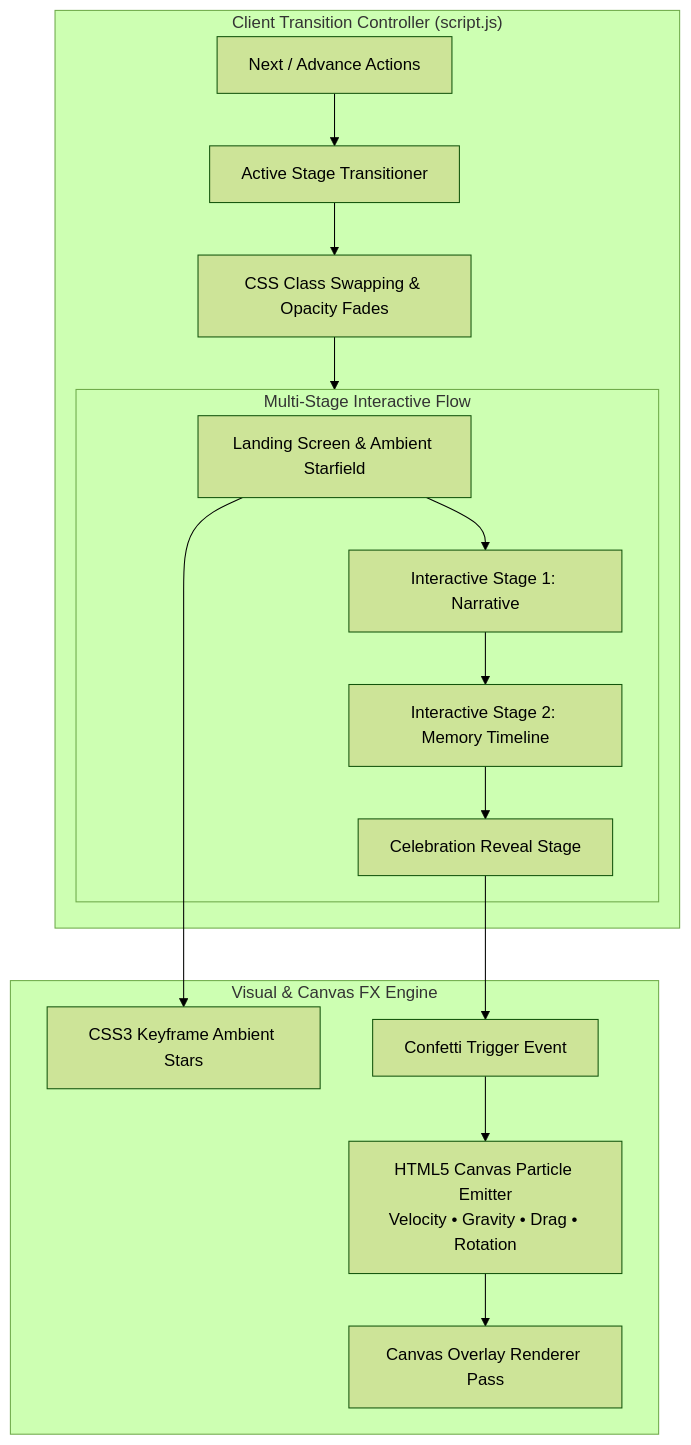
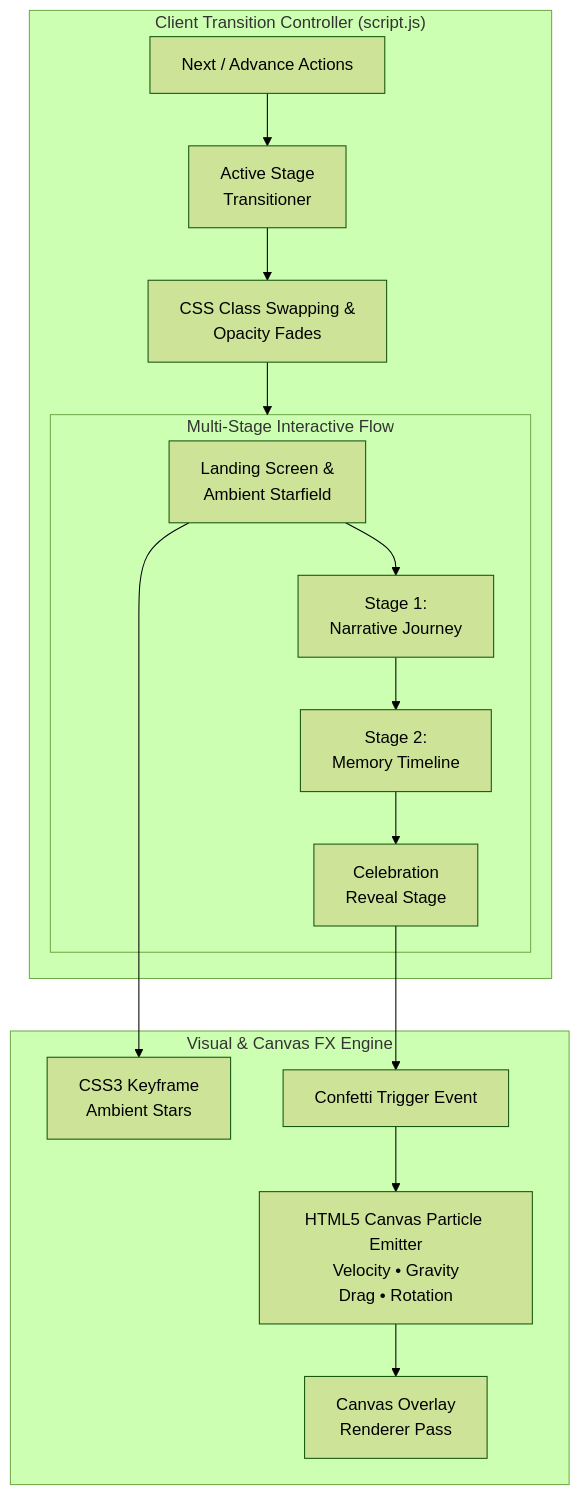
The diagram in README.md (ISBANDURAHUMAN-R/BIRTHDAY), drawn with Mermaid (forest theme) before and after one commit.

Commit message:
docs: fix Mermaid diagram text visibility, wrapping and responsive layout

````diff
--- a/README.md
+++ b/README.md
@@ -19,21 +19,21 @@
 ```mermaid
 graph TD
     subgraph UIProgression ["Multi-Stage Interactive Flow"]
-        Start["Landing Screen & Ambient Starfield"] --> Step1["Interactive Stage 1: Narrative"]
-        Step1 --> Step2["Interactive Stage 2: Memory Timeline"]
-        Step2 --> Reveal["Celebration Reveal Stage"]
+        Start["Landing Screen &<br/>Ambient Starfield"] --> Step1["Stage 1:<br/>Narrative Journey"]
+        Step1 --> Step2["Stage 2:<br/>Memory Timeline"]
+        Step2 --> Reveal["Celebration<br/>Reveal Stage"]
     end
 
     subgraph AnimationFX ["Visual & Canvas FX Engine"]
-        Start --> Starfield["CSS3 Keyframe Ambient Stars"]
+        Start --> Starfield["CSS3 Keyframe<br/>Ambient Stars"]
         Reveal --> TriggerConfetti["Confetti Trigger Event"]
-        TriggerConfetti --> ConfettiEngine["HTML5 Canvas Particle Emitter<br/>Velocity • Gravity • Drag • Rotation"]
-        ConfettiEngine --> CanvasOverlay["Canvas Overlay Renderer Pass"]
+        TriggerConfetti --> ConfettiEngine["HTML5 Canvas Particle Emitter<br/>Velocity • Gravity<br/>Drag • Rotation"]
+        ConfettiEngine --> CanvasOverlay["Canvas Overlay<br/>Renderer Pass"]
     end
 
     subgraph StateMachine ["Client Transition Controller (script.js)"]
-        NavButton["Next / Advance Actions"] --> TransitionState["Active Stage Transitioner"]
-        TransitionState --> DOMMutation["CSS Class Swapping & Opacity Fades"]
+        NavButton["Next / Advance Actions"] --> TransitionState["Active Stage<br/>Transitioner"]
+        TransitionState --> DOMMutation["CSS Class Swapping &<br/>Opacity Fades"]
         DOMMutation --> UIProgression
     end
 ```
````
